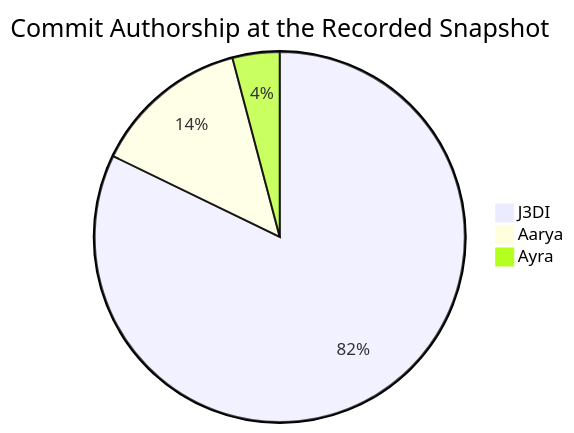
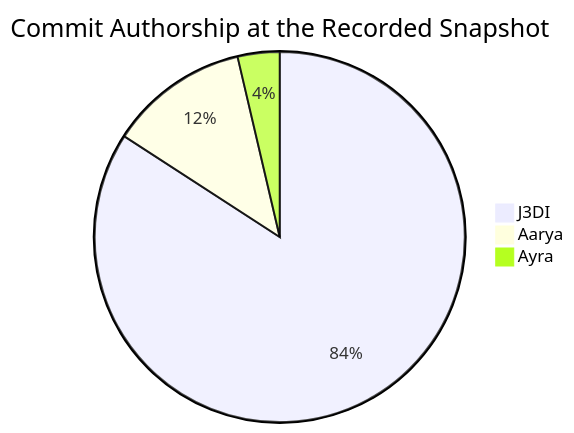
The diagram in docs/Contributions.md (J3DI-19/TraceVeil), drawn with Mermaid before and after one commit. The commit also changed other lines of this file and 4 other files, not shown here.

````diff
--- a/docs/Contributions.md
+++ b/docs/Contributions.md
@@ -12,6 +14,6 @@
 ```mermaid
 pie title Commit Authorship at the Recorded Snapshot
-    "J3DI" : 60
+    "J3DI" : 69
     "Aarya" : 10
     "Ayra" : 3
 ```
````
